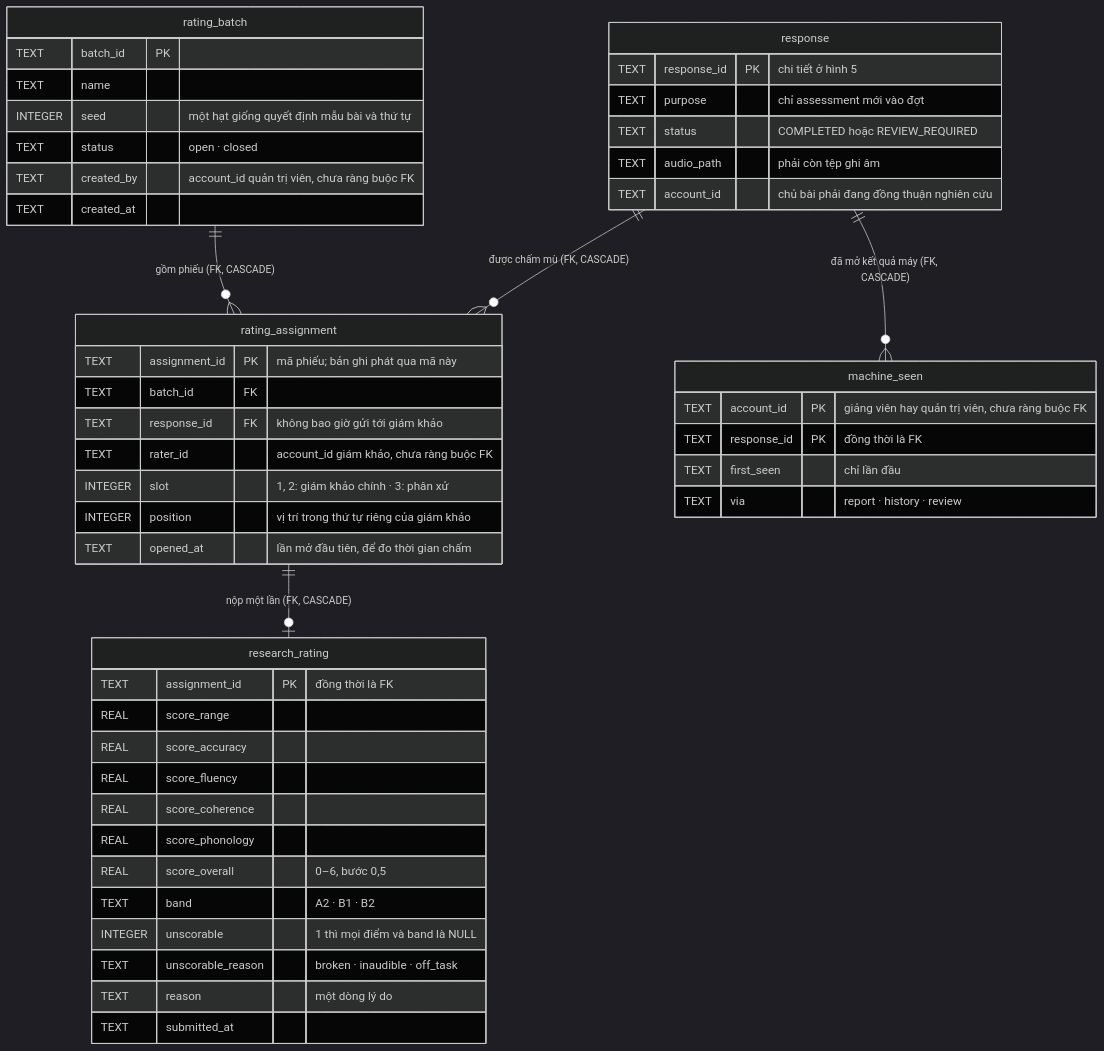
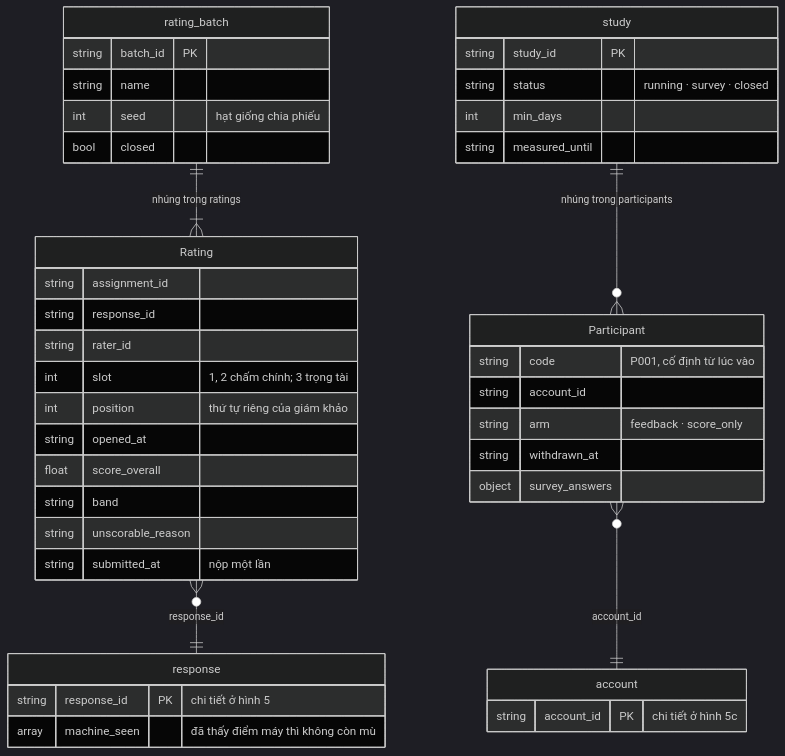
One commit to ThanhSangLouis/ai-assessor-cefr changed the eighth of 12 diagrams in docs/sdd/SDD.md. Above: the diagram before and after it, drawn with Mermaid (dark theme). The commit also changed other lines of this file and 14 other files, not shown here.

First line of the commit message:
docs(D060): từ điển dữ liệu, ERD và snapshot theo 19 collection

````diff
--- a/docs/sdd/SDD.md
+++ b/docs/sdd/SDD.md
@@ -1151,64 +1107,57 @@
 ```mermaid
-%% SDD - Diagram 5d: ERD - cham mu hai nguoi cho khao sat thuc dia (D030)
-%% Bon bang cua storage/rating_repository.py, cung tep CSDL voi response. Ca bon
-%% di theo response bang ON DELETE CASCADE: xoa bai cua mot nguoi hoc (FR-35)
-%% thi xoa luon phieu cham ve bai do. Khong bang nao ghi vao response hay
-%% review_action: luong duyet van hanh giu nguyen.
-%% response chi ve khoa chinh va bon cot ma dieu kien chon bai doc; day du o
-%% hinh 5.
-%% Kieu ghi dung kieu SQLite that: TEXT / INTEGER / REAL.
+%% SDD - Diagram 5d: ERD - cham mu hai nguoi (D030) va thuc nghiem phan hoi (D040)
+%% Moi phieu cham la mot Rating nam trong dot cua no (D060): phieu va diem la
+%% mot. Xoa bai cua mot nguoi hoc (FR-35) rut cac phieu ve bai do khoi dot.
+%% Khong collection nao o day ghi vao response: luong duyet van hanh giu nguyen.
+%% Rating va Participant ve thanh khoi rieng de doc duoc, nhung la phan nhung
+%% (mang ratings, participants) trong document cua dot va cua thuc nghiem.
 erDiagram
-    rating_batch ||--o{ rating_assignment : "gồm phiếu (FK, CASCADE)"
-    response ||--o{ rating_assignment : "được chấm mù (FK, CASCADE)"
-    rating_assignment ||--o| research_rating : "nộp một lần (FK, CASCADE)"
-    response ||--o{ machine_seen : "đã mở kết quả máy (FK, CASCADE)"
+    rating_batch ||--|{ Rating : "nhúng trong ratings"
+    Rating }o--|| response : "response_id"
+    study ||--o{ Participant : "nhúng trong participants"
+    Participant }o--|| account : "account_id"
+
+    rating_batch {
+        string batch_id PK
+        string name
+        int seed "hạt giống chia phiếu"
+        bool closed
+    }
+
+    Rating {
+        string assignment_id
+        string response_id
+        string rater_id
+        int slot "1, 2 chấm chính; 3 trọng tài"
+        int position "thứ tự riêng của giám khảo"
+        string opened_at
+        float score_overall
+        string band
+        string unscorable_reason
+        string submitted_at "nộp một lần"
+    }
 
     response {
-        TEXT response_id PK "chi tiết ở hình 5"
-        TEXT purpose "chỉ assessment mới vào đợt"
-        TEXT status "COMPLETED hoặc REVIEW_REQUIRED"
-        TEXT audio_path "phải còn tệp ghi âm"
-        TEXT account_id "chủ bài phải đang đồng thuận nghiên cứu"
+        string response_id PK "chi tiết ở hình 5"
+        array machine_seen "đã thấy điểm máy thì không còn mù"
     }
 
-    rating_batch {
-        TEXT batch_id PK
-        TEXT name
-        INTEGER seed "một hạt giống quyết định mẫu bài và thứ tự"
-        TEXT status "open · closed"
-        TEXT created_by "account_id quản trị viên, chưa ràng buộc FK"
-        TEXT created_at
+    study {
+        string study_id PK
+        string status "running · survey · closed"
+        int min_days
+        string measured_until
     }
 
-    rating_assignment {
-        TEXT assignment_id PK "mã phiếu; bản ghi phát qua mã này"
-        TEXT batch_id FK
-        TEXT response_id FK "không bao giờ gửi tới giám khảo"
-        TEXT rater_id "account_id giám khảo, chưa ràng buộc FK"
-        INTEGER slot "1, 2: giám khảo chính · 3: phân xử"
-        INTEGER position "vị trí trong thứ tự riêng của giám khảo"
-        TEXT opened_at "lần mở đầu tiên, để đo thời gian chấm"
+    Participant {
+        string code "P001, cố định từ lúc vào"
+        string account_id
+        string arm "feedback · score_only"
+        string withdrawn_at
+        object survey_answers
     }
 
-    machine_seen {
-        TEXT account_id PK "giảng viên hay quản trị viên, chưa ràng buộc FK"
-        TEXT response_id PK "đồng thời là FK"
-        TEXT first_seen "chỉ lần đầu"
-        TEXT via "report · history · review"
-    }
-
-    research_rating {
-        TEXT assignment_id PK "đồng thời là FK"
-        REAL score_range
-        REAL score_accuracy
-        REAL score_fluency
-        REAL score_coherence
-        REAL score_phonology
-        REAL score_overall "0–6, bước 0,5"
-        TEXT band "A2 · B1 · B2"
-        INTEGER unscorable "1 thì mọi điểm và band là NULL"
-        TEXT unscorable_reason "broken · inaudible · off_task"
-        TEXT reason "một dòng lý do"
-        TEXT submitted_at
+    account {
+        string account_id PK "chi tiết ở hình 5c"
     }
 ```
````
